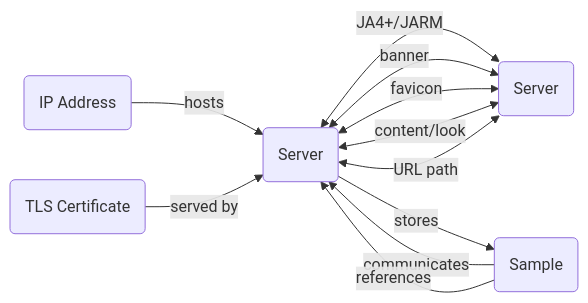
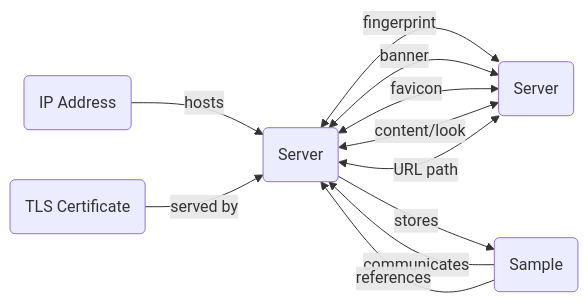
The diagram in docs/artifacts/server.md (korniko98/pivot-atlas), drawn with Mermaid before and after one commit. The commit also changed other lines of this file and 12 other files, not shown here.

````diff
--- a/docs/artifacts/server.md
+++ b/docs/artifacts/server.md
@@ -25,17 +34,17 @@
 	```mermaid
 	flowchart LR
 		IP_ADDRESS("IP Address") -- hosts --> SERVER("Server")
 		SAMPLE("Sample") -- communicates --> SERVER
 		SAMPLE -- references --> SERVER
-		SERVER <-- JA4+/JARM --> SERVER_("Server")
+		SERVER <-- fingerprint --> SERVER_("Server")
 		SERVER <-- banner --> SERVER_
 		SERVER <-- favicon --> SERVER_
 		SERVER <-- content/look --> SERVER_
 		SERVER <-- URL path --> SERVER_
 		SERVER -- stores --> SAMPLE
 		TLS_CERT("TLS Certificate") -- served by--> SERVER
 		click IP_ADDRESS "#ip-addresses"
 		click SAMPLE "#samples"
 		click SERVER_ "#servers"
 		click TLS_CERT "#tls-certificates"
 	```
````
